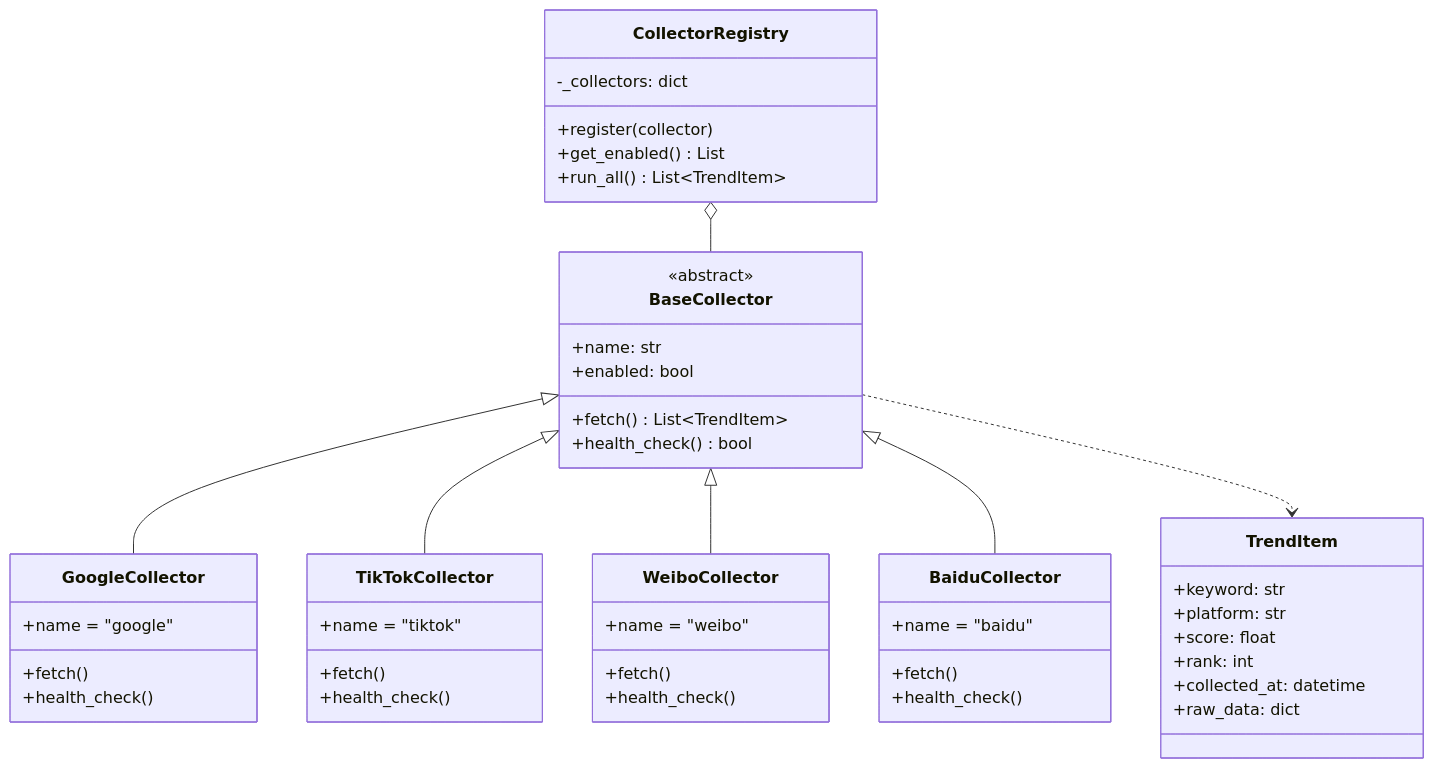
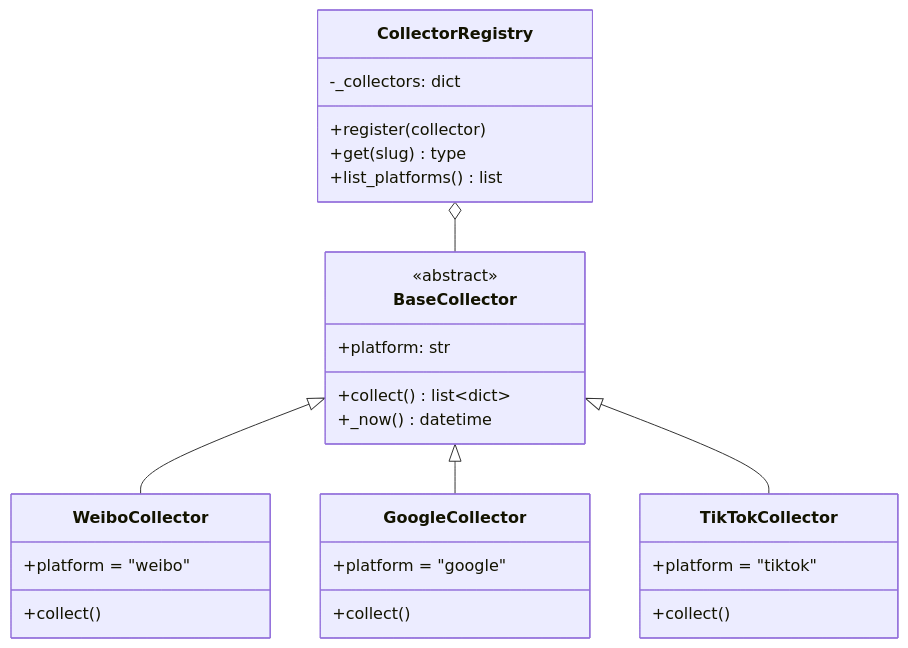
Before and after one commit to JHZhang2736/trendTracker: the third of 7 diagrams in docs/ARCHITECTURE.md, drawn with Mermaid. The commit also changed other lines of this file and 34 other files, not shown here.

````diff
--- a/docs/ARCHITECTURE.md
+++ b/docs/ARCHITECTURE.md
@@ -109,57 +126,36 @@
 ```mermaid
 classDiagram
     class BaseCollector {
         <<abstract>>
-        +name: str
-        +enabled: bool
-        +fetch() List~TrendItem~
-        +health_check() bool
-    }
-
-    class TrendItem {
-        +keyword: str
         +platform: str
-        +score: float
-        +rank: int
-        +collected_at: datetime
-        +raw_data: dict
+        +collect() list~dict~
+        +_now() datetime
     }
 
     class CollectorRegistry {
         -_collectors: dict
         +register(collector)
-        +get_enabled() List
-        +run_all() List~TrendItem~
+        +get(slug) type
+        +list_platforms() list
+    }
+
+    class WeiboCollector {
+        +platform = "weibo"
+        +collect()
     }
 
     class GoogleCollector {
-        +name = "google"
-        +fetch()
-        +health_check()
+        +platform = "google"
+        +collect()
     }
 
     class TikTokCollector {
-        +name = "tiktok"
-        +fetch()
-        +health_check()
+        +platform = "tiktok"
+        +collect()
     }
 
-    class WeiboCollector {
-        +name = "weibo"
-        +fetch()
-        +health_check()
-    }
-
-    class BaiduCollector {
-        +name = "baidu"
-        +fetch()
-        +health_check()
-    }
-
+    BaseCollector <|-- WeiboCollector
     BaseCollector <|-- GoogleCollector
     BaseCollector <|-- TikTokCollector
-    BaseCollector <|-- WeiboCollector
-    BaseCollector <|-- BaiduCollector
-    BaseCollector ..> TrendItem
     CollectorRegistry o-- BaseCollector
 ```
````
